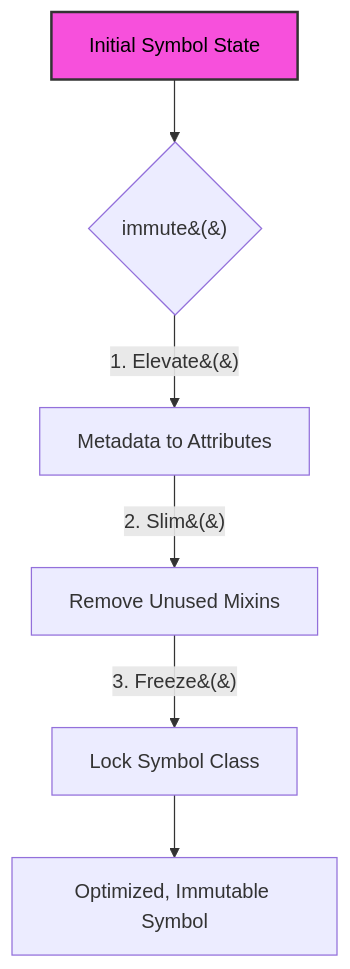
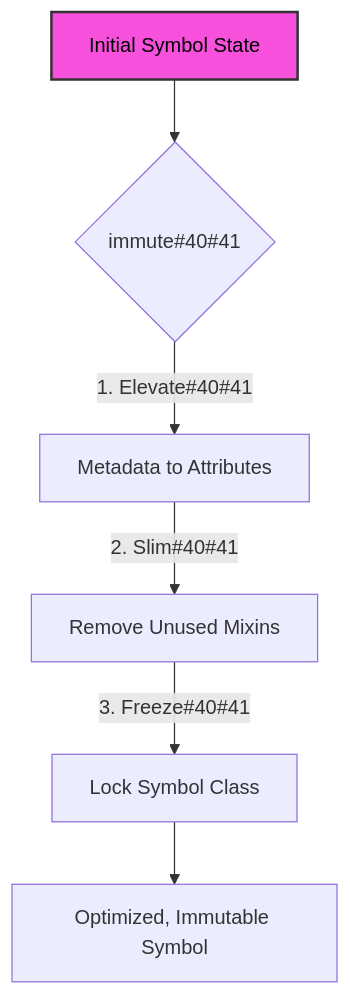
One commit to ikko/sym changed diagram 11 of 13 in docs/readme_details/8_api_highlights/index.md. Above: the diagram before and after it, drawn with Mermaid. The commit also changed other lines of this file and 38 other files, not shown here.

Commit message:
mermaids maybe fixed

````diff
--- a/docs/readme_details/8_api_highlights/index.md
+++ b/docs/readme_details/8_api_highlights/index.md
@@ -475,12 +475,12 @@
 ```mermaid
 graph TD
-    A[Initial Symbol State] --> B{immute&#40;&#41;};
-    B -- "1. Elevate&#40;&#41;" --> C[Metadata to Attributes];
-    C -- "2. Slim&#40;&#41;" --> D[Remove Unused Mixins];
-    D -- "3. Freeze&#40;&#41;" --> E[Lock Symbol Class];
+    A[Initial Symbol State] --> B{immute#40#41};
+    B -- "1. Elevate#40#41" --> C[Metadata to Attributes];
+    C -- "2. Slim#40#41" --> D[Remove Unused Mixins];
+    D -- "3. Freeze#40#41" --> E[Lock Symbol Class];
     E --> F[Optimized, Immutable Symbol];
 
     style A fill:#f750dc,stroke:#333,stroke-width:2px,color:#000000;
 
     style A fill:#f750dc,stroke:#333,stroke-width:2px,color:#000000;
 ```
````
